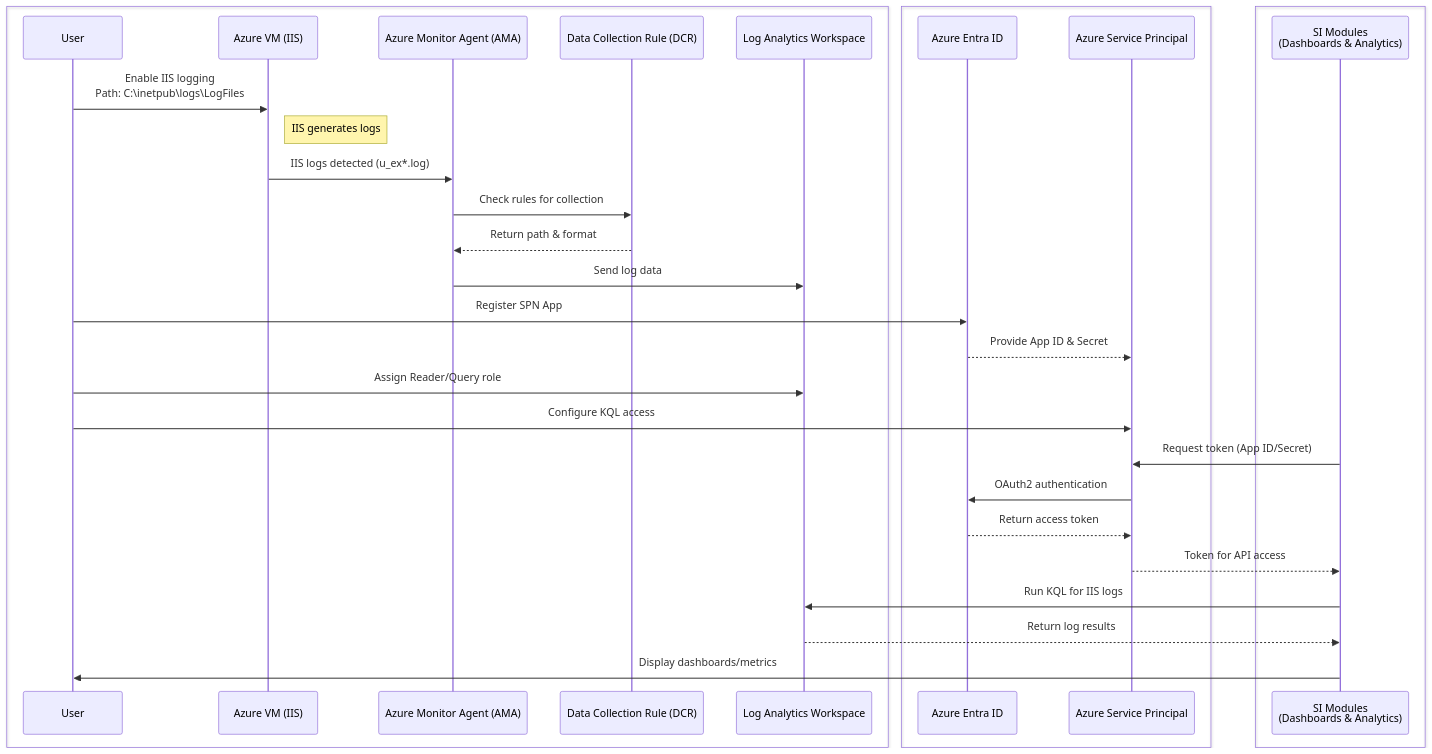
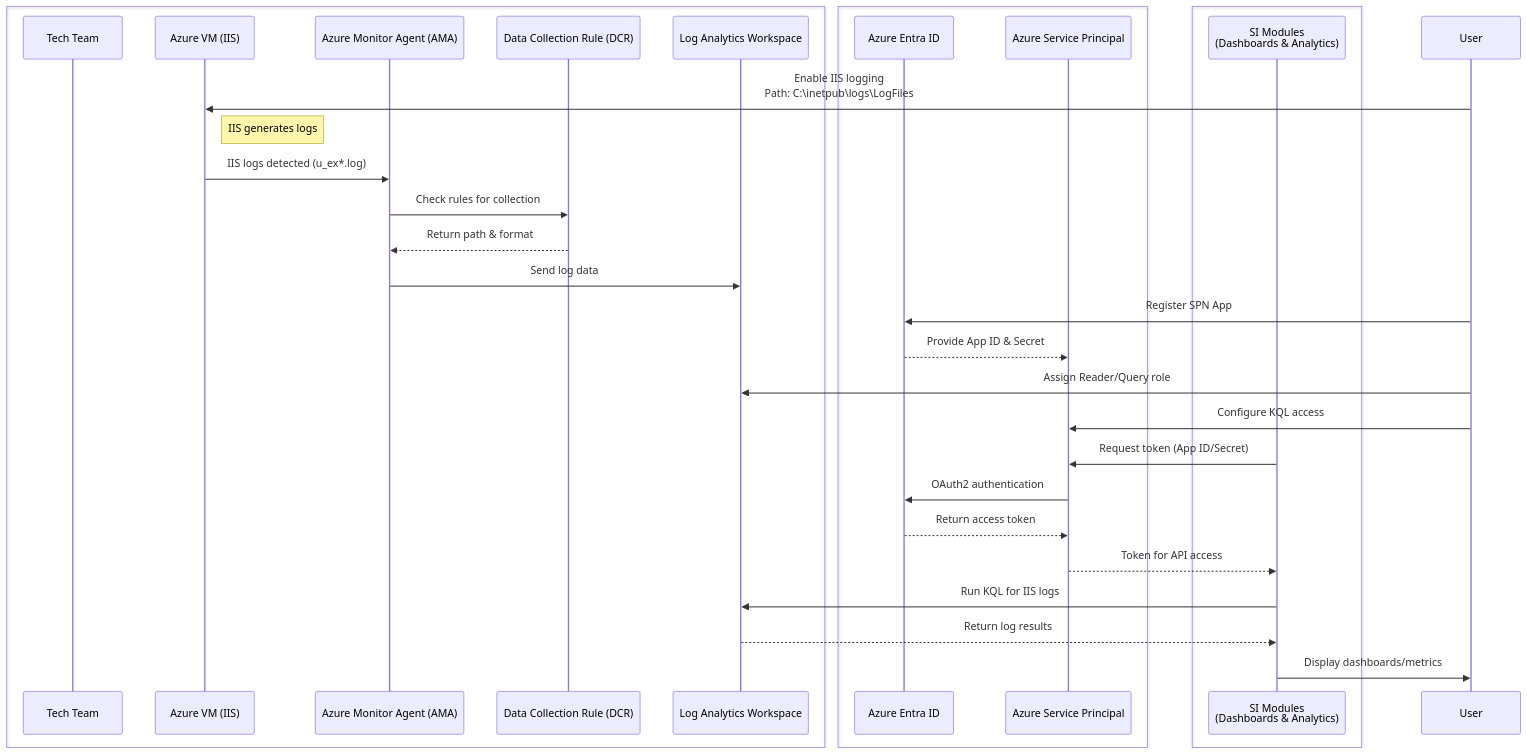
The diagram in README.md (oigbokwe73/Azure-Policy-On-Resource-Group), drawn with Mermaid before and after one commit.

````diff
--- a/README.md
+++ b/README.md
@@ -14,51 +14,51 @@
 ```mermaid
 sequenceDiagram
-    %% === Data Collection Layer (Green) ===
+    %% === MES Modules (Green) ===
     box #e8f5e9:Data Collection Layer
-        participant User
+        participant Tech Team
         participant VM as Azure VM (IIS)
         participant AMA as Azure Monitor Agent (AMA)
         participant DCR as Data Collection Rule (DCR)
         participant LAW as Log Analytics Workspace
     end
 
-    %% === Access Management Layer (Blue) ===
+    %% === MES Modules (Blue) ===
     box #e3f2fd:Access Management Layer
         participant Entra as Azure Entra ID
         participant SPN as Azure Service Principal
     end
 
-    %% === Visualization Layer (Yellow) ===
+    %% === SI Modules (Yellow) ===
     box #fffde7:Visualization Layer (SI Modules)
         participant SI as SI Modules<br/>(Dashboards & Analytics)
     end
 
     %% Step 1: IIS logging setup
     User->>VM: Enable IIS logging<br/>Path: C:\inetpub\logs\LogFiles
     Note right of VM: IIS generates logs
 
     %% Step 2: Log collection via AMA
     VM->>AMA: IIS logs detected (u_ex*.log)
     AMA->>DCR: Check rules for collection
     DCR-->>AMA: Return path & format
     AMA->>LAW: Send log data
 
     %% Step 3: Register Azure SPN
     User->>Entra: Register SPN App
     Entra-->>SPN: Provide App ID & Secret
 
     %% Step 4: Assign access to LAW
     User->>LAW: Assign Reader/Query role
     User->>SPN: Configure KQL access
 
     %% Step 5: Authenticate SI
     SI->>SPN: Request token (App ID/Secret)
     SPN->>Entra: OAuth2 authentication
     Entra-->>SPN: Return access token
     SPN-->>SI: Token for API access
 
     %% Step 6: Query and Visualize
     SI->>LAW: Run KQL for IIS logs
     LAW-->>SI: Return log results
     SI->>User: Display dashboards/metrics
 ```
````
